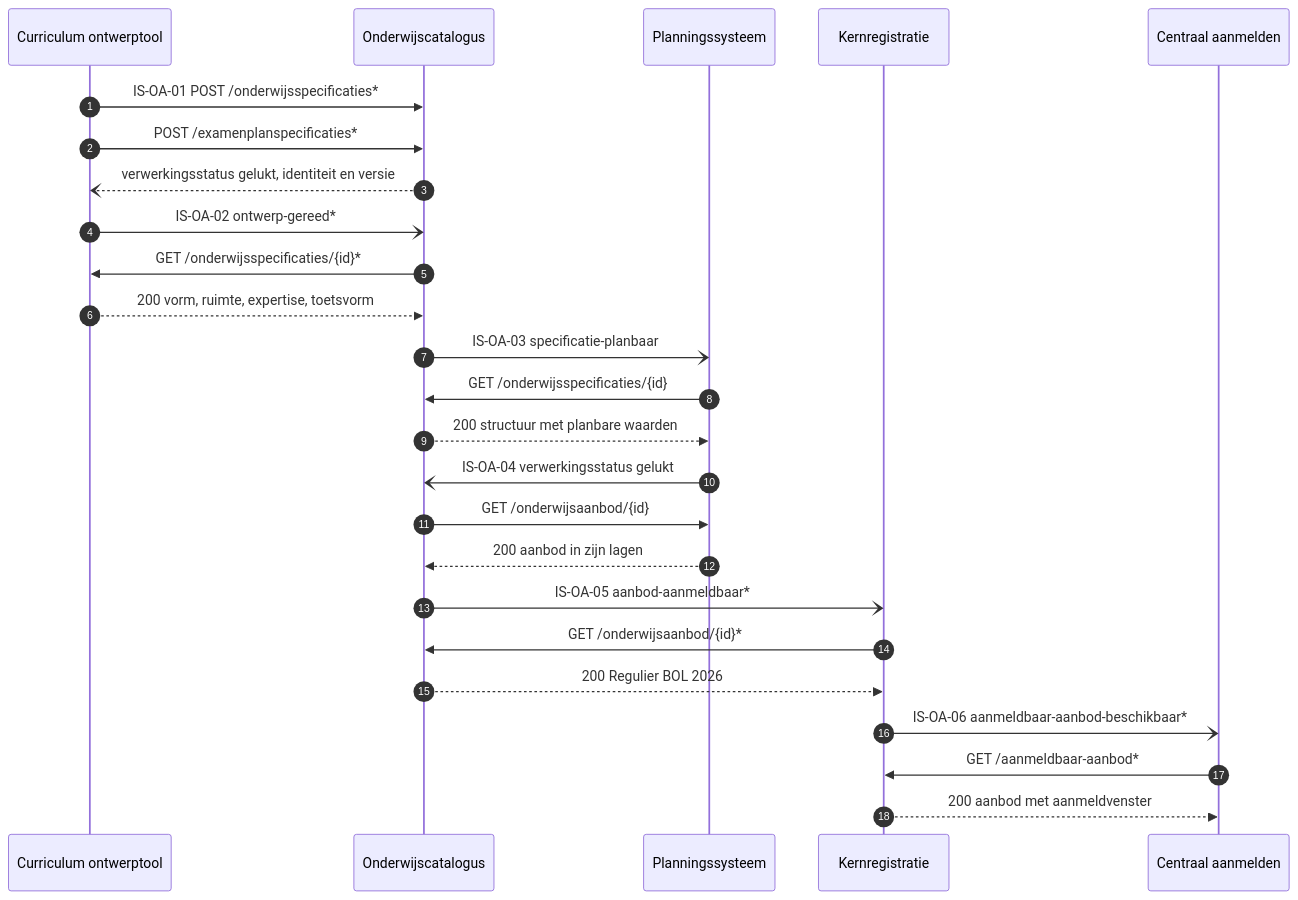
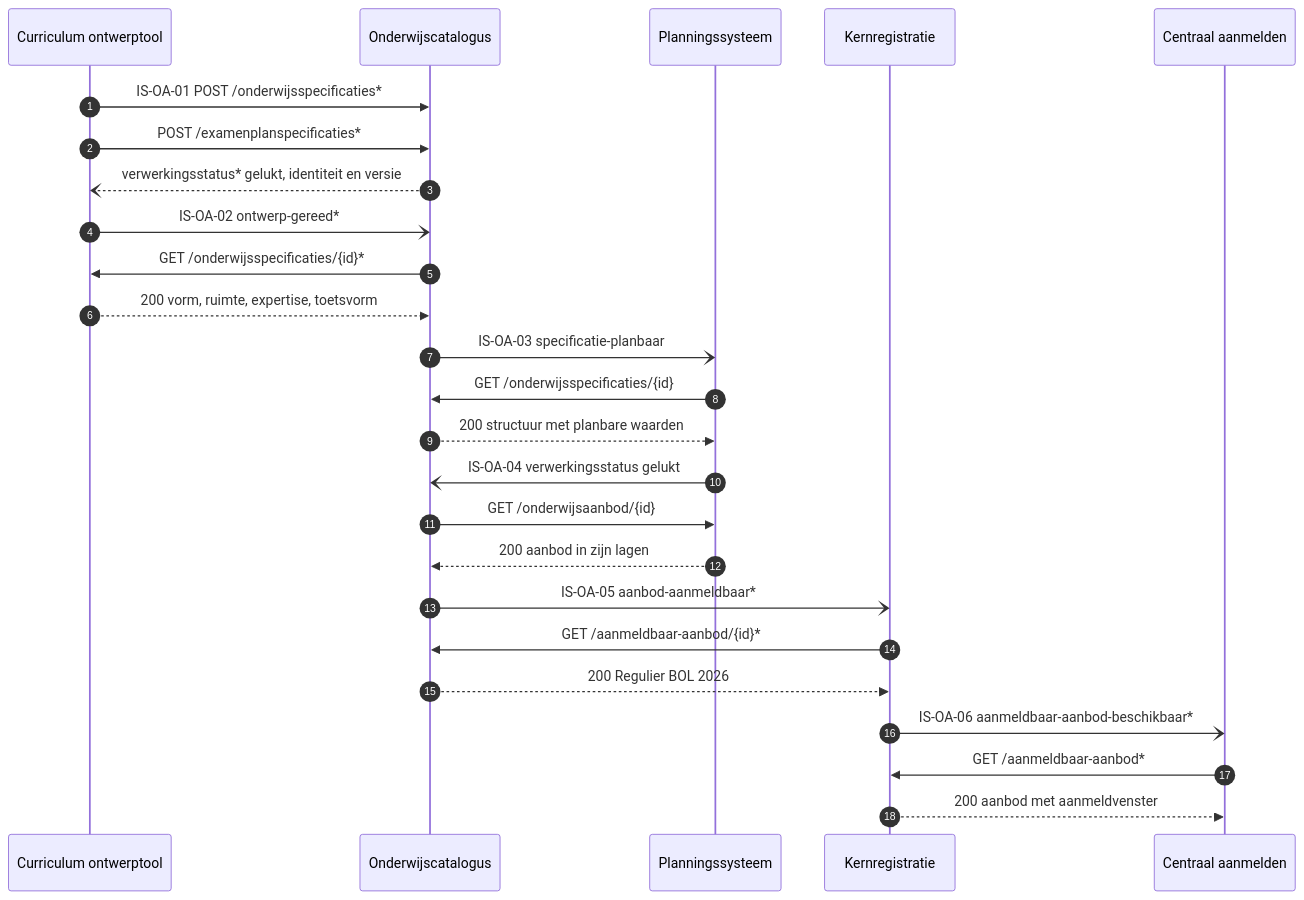
The third of 3 diagrams in architecture/docs/specificatie/interactie-onderwijsaanbod/README.md (Npuls-OKx/meta), drawn with Mermaid before and after one commit. The commit also changed other lines of this file and 23 other files, not shown here.

````diff
--- a/architecture/docs/specificatie/interactie-onderwijsaanbod/README.md
+++ b/architecture/docs/specificatie/interactie-onderwijsaanbod/README.md
@@ -297,27 +234,27 @@
 ```mermaid
 sequenceDiagram
     autonumber
     participant CO as Curriculum ontwerptool
     participant OC as Onderwijscatalogus
     participant PL as Planningssysteem
     participant KRS as Kernregistratie
     participant CA as Centraal aanmelden
     CO->>OC: IS-OA-01 POST /onderwijsspecificaties*
     CO->>OC: POST /examenplanspecificaties*
-    OC--)CO: verwerkingsstatus gelukt, identiteit en versie
+    OC--)CO: verwerkingsstatus* gelukt, identiteit en versie
     CO-)OC: IS-OA-02 ontwerp-gereed*
     OC->>CO: GET /onderwijsspecificaties/{id}*
     CO-->>OC: 200 vorm, ruimte, expertise, toetsvorm
     OC-)PL: IS-OA-03 specificatie-planbaar
     PL->>OC: GET /onderwijsspecificaties/{id}
     OC-->>PL: 200 structuur met planbare waarden
     PL-)OC: IS-OA-04 verwerkingsstatus gelukt
     OC->>PL: GET /onderwijsaanbod/{id}
     PL-->>OC: 200 aanbod in zijn lagen
     OC-)KRS: IS-OA-05 aanbod-aanmeldbaar*
-    KRS->>OC: GET /onderwijsaanbod/{id}*
+    KRS->>OC: GET /aanmeldbaar-aanbod/{id}*
     OC-->>KRS: 200 Regulier BOL 2026
     KRS-)CA: IS-OA-06 aanmeldbaar-aanbod-beschikbaar*
     CA->>KRS: GET /aanmeldbaar-aanbod*
     KRS-->>CA: 200 aanbod met aanmeldvenster
 ```
````
